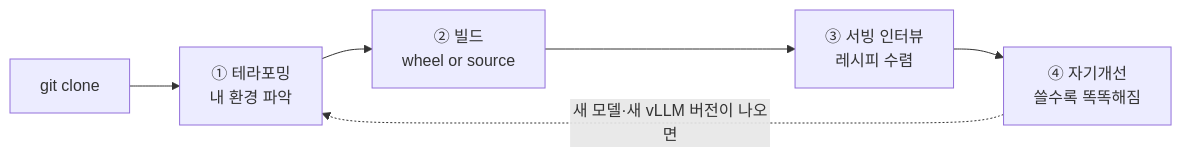
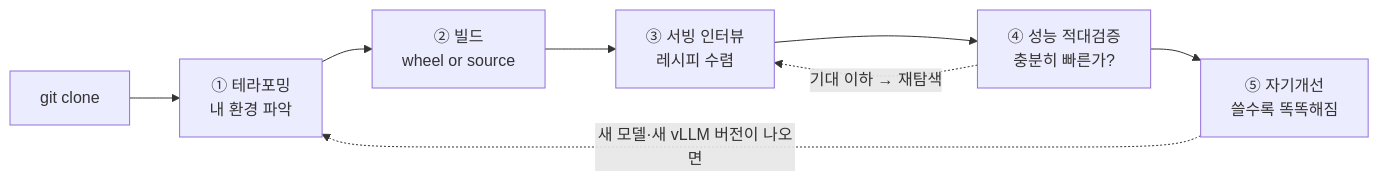
Before and after one commit to tbvjvsladla/easy_vllm_simulator: the first of 2 diagrams in README.md, drawn with Mermaid. The commit also changed other lines of this file, not shown here.

First line of the commit message:
docs(README): 여정 4 성능 적대검증(adversarial-benchmark) 반영 multi→single parity

````diff
--- a/README.md
+++ b/README.md
@@ -59,8 +60,10 @@
 ```mermaid
 flowchart LR
     A["git clone"] --> B["① 테라포밍<br/>내 환경 파악"]
     B --> C["② 빌드<br/>wheel or source"]
     C --> D["③ 서빙 인터뷰<br/>레시피 수렴"]
-    D --> E["④ 자기개선<br/>쓸수록 똑똑해짐"]
+    D --> P["④ 성능 적대검증<br/>충분히 빠른가?"]
+    P -.->|"기대 이하 → 재탐색"| D
+    P --> E["⑤ 자기개선<br/>쓸수록 똑똑해짐"]
     E -.->|"새 모델·새 vLLM 버전이 나오면"| B
 ```
````
